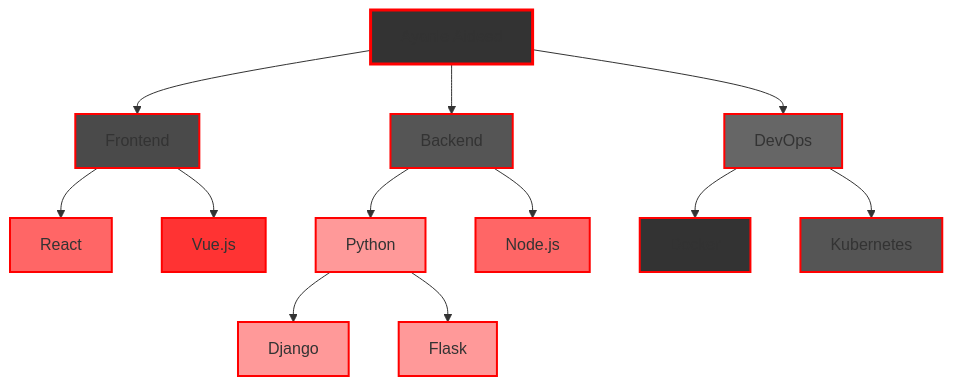
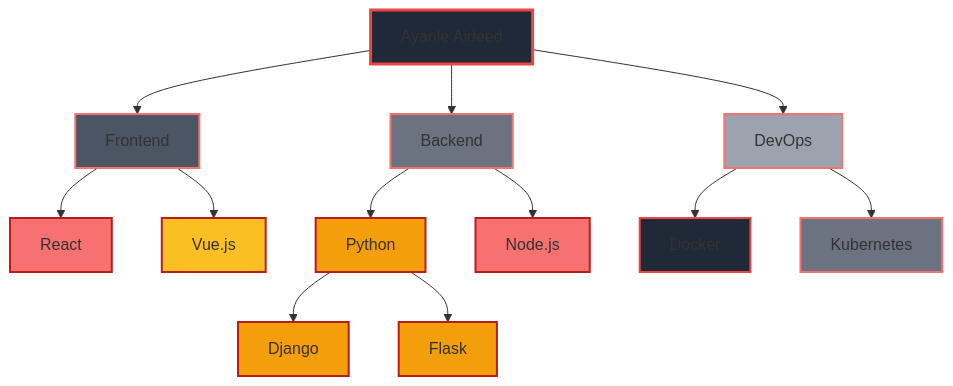
The diagram in README.md (Ayanleaideed/Ayanleaideed), drawn with Mermaid before and after one commit.

````diff
--- a/README.md
+++ b/README.md
@@ -113,27 +113,27 @@
 ```mermaid
 graph TD
     A[Ayanle Aideed] --> B[Frontend]
     A --> C[Backend]
     A --> D[DevOps]
     B --> E[React]
     B --> F[Vue.js]
     C --> G[Python]
     C --> H[Node.js]
     D --> I[Docker]
     D --> J[Kubernetes]
     G --> L[Django]
     G --> M[Flask]
-    style A fill:#333333,stroke:#FF0000,stroke-width:3px
-    style B fill:#4A4A4A,stroke:#FF0000,stroke-width:2px
-    style C fill:#555555,stroke:#FF0000,stroke-width:2px
-    style D fill:#666666,stroke:#FF0000,stroke-width:2px
-    style E fill:#FF6666,stroke:#FF0000,stroke-width:2px
-    style F fill:#FF3333,stroke:#FF0000,stroke-width:2px
-    style G fill:#FF9999,stroke:#FF0000,stroke-width:2px
-    style H fill:#FF6666,stroke:#FF0000,stroke-width:2px
-    style I fill:#333333,stroke:#FF0000,stroke-width:2px
-    style J fill:#555555,stroke:#FF0000,stroke-width:2px
-    style L fill:#FF9999,stroke:#FF0000,stroke-width:2px
-    style M fill:#FF9999,stroke:#FF0000,stroke-width:2px
+    style A fill:#1F2937,stroke:#EF4444,stroke-width:3px
+    style B fill:#4B5563,stroke:#F87171,stroke-width:2px
+    style C fill:#6B7280,stroke:#F87171,stroke-width:2px
+    style D fill:#9CA3AF,stroke:#F87171,stroke-width:2px
+    style E fill:#F87171,stroke:#B91C1C,stroke-width:2px
+    style F fill:#FBBF24,stroke:#B91C1C,stroke-width:2px
+    style G fill:#F59E0B,stroke:#B91C1C,stroke-width:2px
+    style H fill:#F87171,stroke:#B91C1C,stroke-width:2px
+    style I fill:#1F2937,stroke:#EF4444,stroke-width:2px
+    style J fill:#6B7280,stroke:#F87171,stroke-width:2px
+    style L fill:#F59E0B,stroke:#B91C1C,stroke-width:2px
+    style M fill:#F59E0B,stroke:#B91C1C,stroke-width:2px
 
 ```
````
